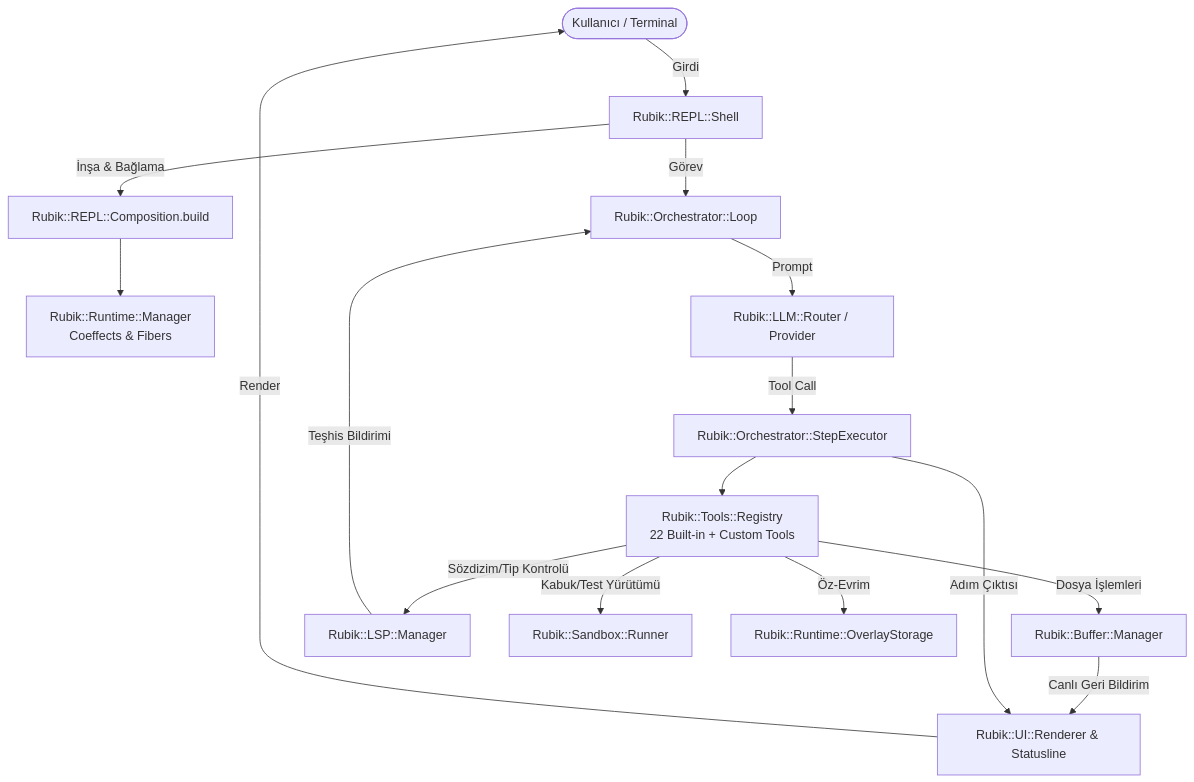
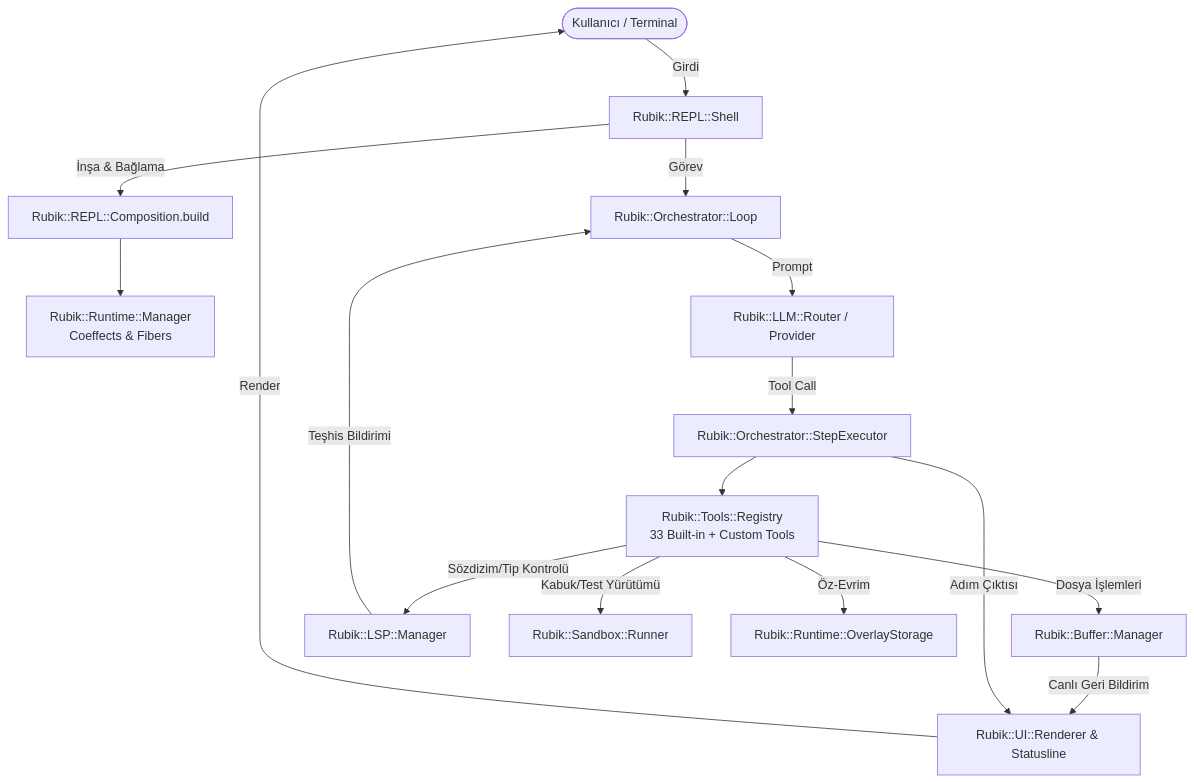
Before and after one commit to ozgurulukir/rubik: the diagram in ARCHITECTURE.md, drawn with Mermaid. The commit also changed other lines of this file and 7 other files, not shown here.

````diff
--- a/ARCHITECTURE.md
+++ b/ARCHITECTURE.md
@@ -56,21 +59,21 @@
 ```mermaid
 flowchart TD
     User([Kullanıcı / Terminal]) -->|Girdi| Shell[Rubik::REPL::Shell]
     Shell -->|İnşa & Bağlama| Comp[Rubik::REPL::Composition.build]
     Comp --> RM[Rubik::Runtime::Manager<br/>Coeffects & Fibers]
     
     Shell -->|Görev| Loop[Rubik::Orchestrator::Loop]
     Loop -->|Prompt| LLM[Rubik::LLM::Router / Provider]
     LLM -->|Tool Call| StepExec[Rubik::Orchestrator::StepExecutor]
     
-    StepExec --> Tools[Rubik::Tools::Registry<br/>22 Built-in + Custom Tools]
+    StepExec --> Tools[Rubik::Tools::Registry<br/>33 Built-in + Custom Tools]
     Tools -->|Dosya İşlemleri| Buffer[Rubik::Buffer::Manager]
     Tools -->|Sözdizim/Tip Kontrolü| LSP[Rubik::LSP::Manager]
     Tools -->|Kabuk/Test Yürütümü| Sandbox[Rubik::Sandbox::Runner]
     Tools -->|Öz-Evrim| Overlay[Rubik::Runtime::OverlayStorage]
     
     Buffer -->|Canlı Geri Bildirim| UI[Rubik::UI::Renderer & Statusline]
     LSP -->|Teşhis Bildirimi| Loop
     StepExec -->|Adım Çıktısı| UI
     UI -->|Render| User
 ```
````
